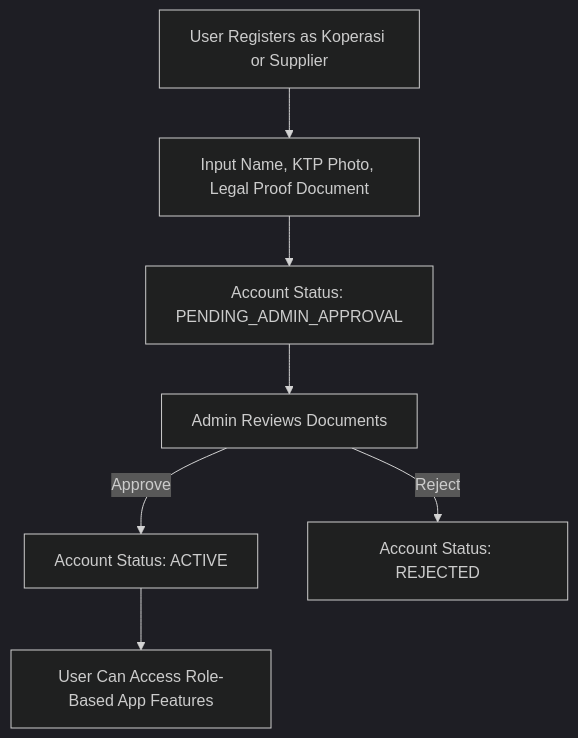
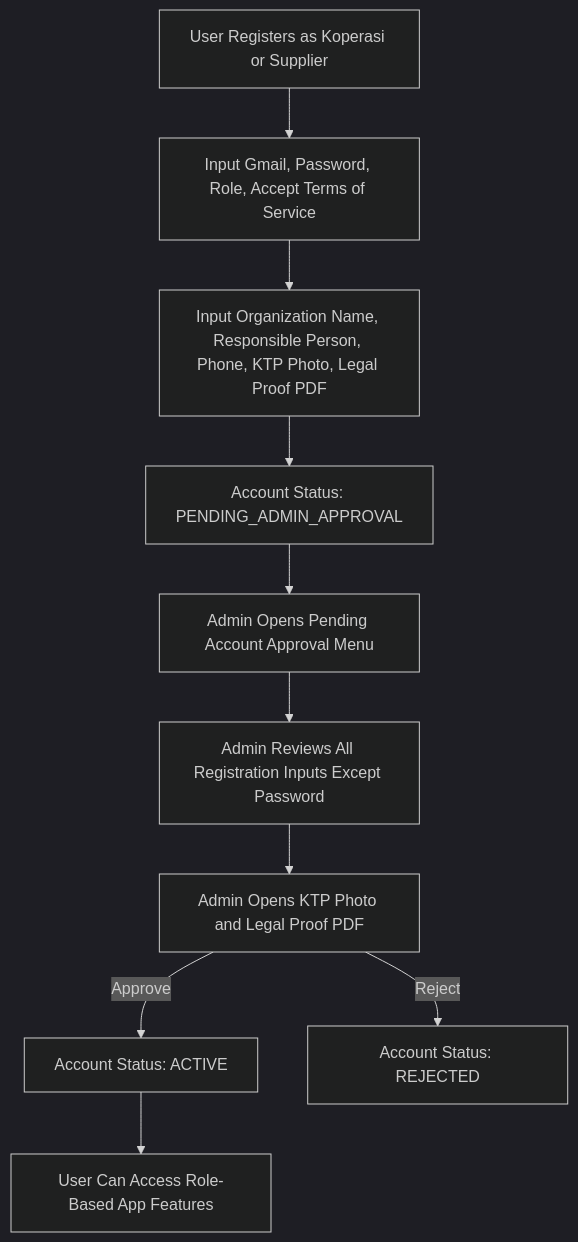
One commit to OlanIsm/TechnoScape-2026-Hackathon changed the first of 10 diagrams in Docs/diagram.md. Above: the diagram before and after it, drawn with Mermaid (dark theme). The commit also changed other lines of this file and 3 other files, not shown here.

````diff
--- a/Docs/diagram.md
+++ b/Docs/diagram.md
@@ -21,9 +22,12 @@
 ```mermaid
 flowchart TD
-    A[User Registers as Koperasi or Supplier] --> B[Input Name, KTP Photo, Legal Proof Document]
-    B --> C[Account Status: PENDING_ADMIN_APPROVAL]
-    C --> D[Admin Reviews Documents]
-    D -->|Approve| E[Account Status: ACTIVE]
-    D -->|Reject| F[Account Status: REJECTED]
+    A[User Registers as Koperasi or Supplier] --> B[Input Gmail, Password, Role, Accept Terms of Service]
+    B --> B2[Input Organization Name, Responsible Person, Phone, KTP Photo, Legal Proof PDF]
+    B2 --> C[Account Status: PENDING_ADMIN_APPROVAL]
+    C --> D[Admin Opens Pending Account Approval Menu]
+    D --> D2[Admin Reviews All Registration Inputs Except Password]
+    D2 --> D3[Admin Opens KTP Photo and Legal Proof PDF]
+    D3 -->|Approve| E[Account Status: ACTIVE]
+    D3 -->|Reject| F[Account Status: REJECTED]
     E --> G[User Can Access Role-Based App Features]
 ```
````
